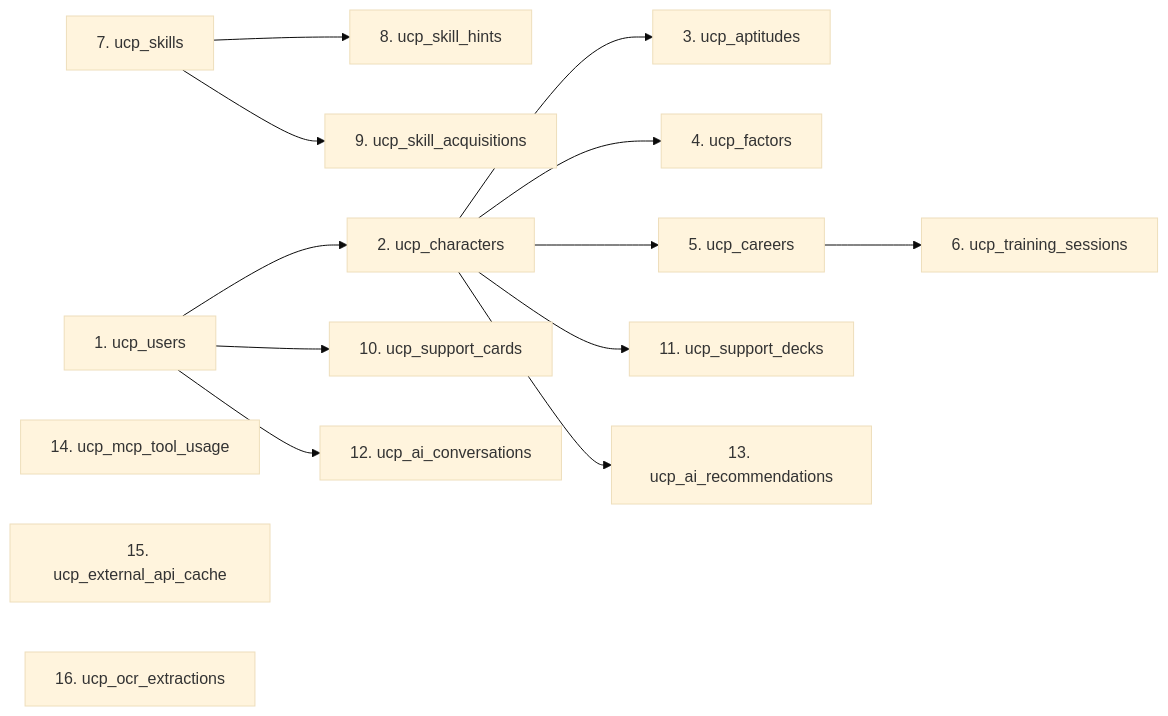
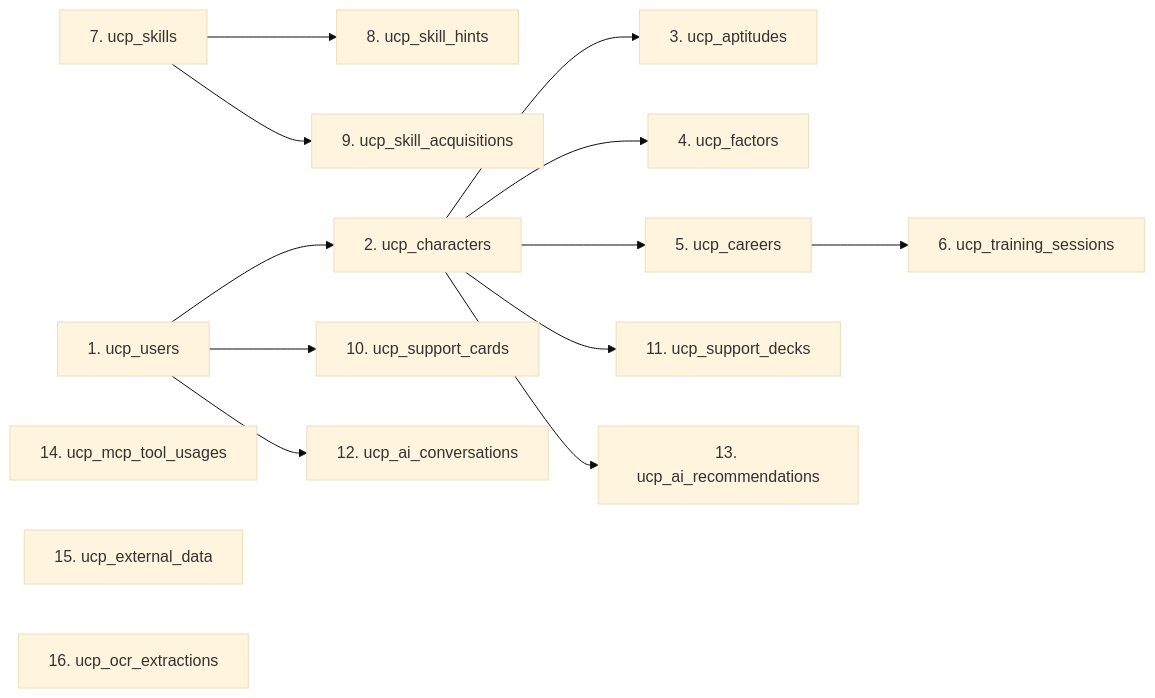
The sixth of 6 diagrams in docs/00-core-docs/009_DBD_Database_Documentation.md (exatfrds67/umamusume-career-planner), drawn with Mermaid (base theme) before and after one commit. The commit also changed other lines of this file and 111 other files, not shown here.

````diff
--- a/docs/00-core-docs/009_DBD_Database_Documentation.md
+++ b/docs/00-core-docs/009_DBD_Database_Documentation.md
@@ -504,21 +515,21 @@
 ```mermaid
 flowchart LR
     M1["1. ucp_users"] --> M2["2. ucp_characters"]
     M2 --> M3["3. ucp_aptitudes"]
     M2 --> M4["4. ucp_factors"]
     M2 --> M5["5. ucp_careers"]
     M5 --> M6["6. ucp_training_sessions"]
     
     M7["7. ucp_skills"] --> M8["8. ucp_skill_hints"]
     M7 --> M9["9. ucp_skill_acquisitions"]
     
     M1 --> M10["10. ucp_support_cards"]
     M2 --> M11["11. ucp_support_decks"]
     
     M1 --> M12["12. ucp_ai_conversations"]
     M2 --> M13["13. ucp_ai_recommendations"]
     
-    M14["14. ucp_mcp_tool_usage"]
-    M15["15. ucp_external_api_cache"]
+    M14["14. ucp_mcp_tool_usages"]
+    M15["15. ucp_external_data"]
     M16["16. ucp_ocr_extractions"]
 ```
````
